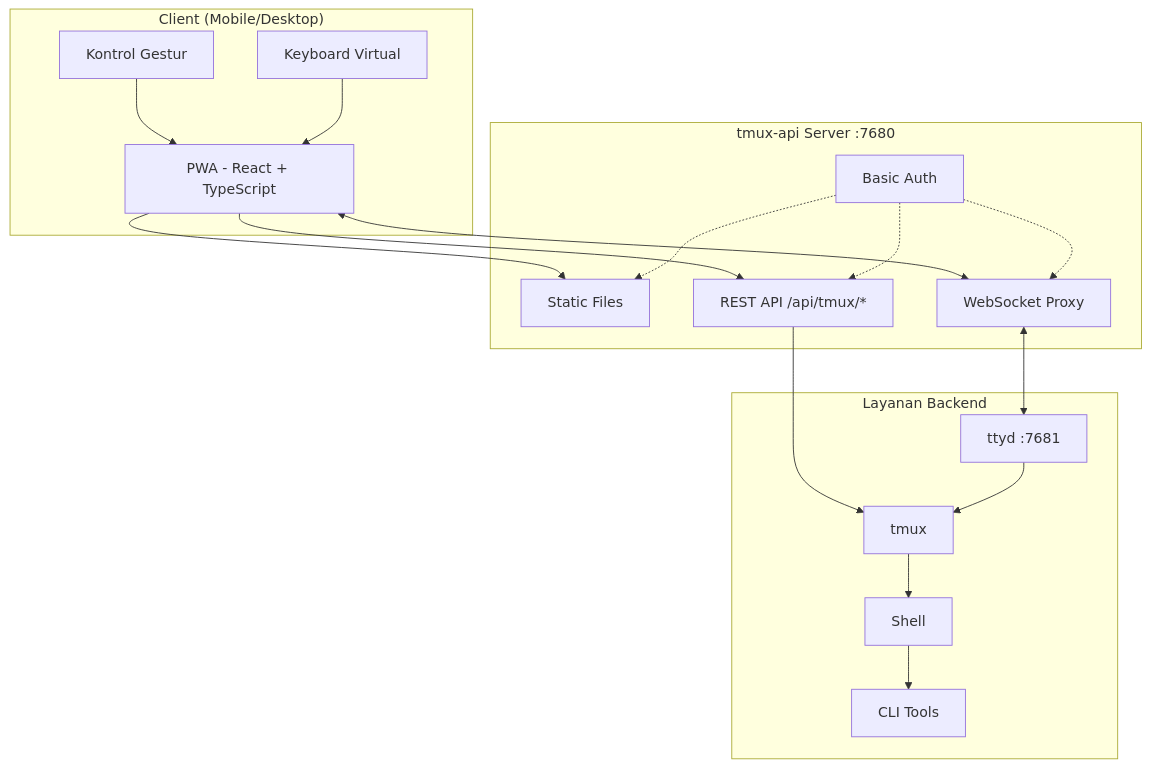
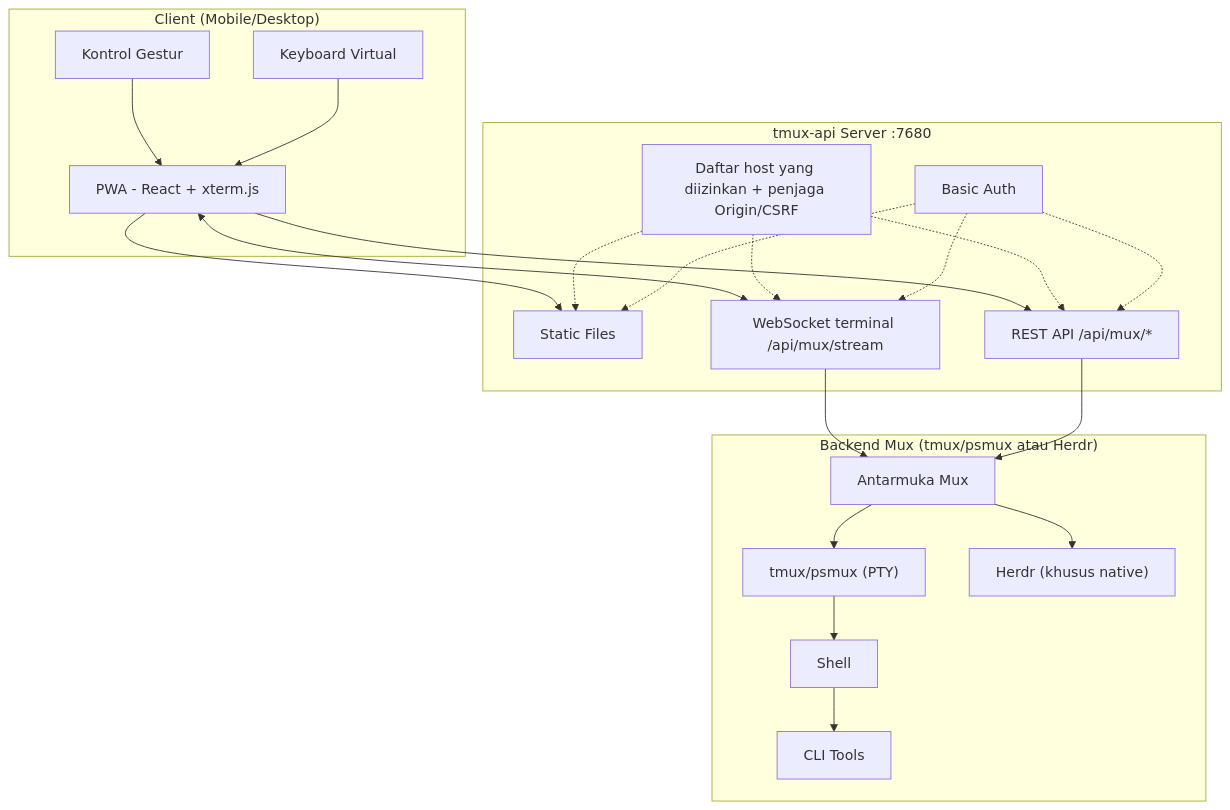
The first of 2 diagrams in README.id.md (lamngockhuong/termote), drawn with Mermaid before and after one commit. The commit also changed other lines of this file and 16 other files, not shown here.

````diff
--- a/README.id.md
+++ b/README.id.md
@@ -58,32 +59,36 @@
 ```mermaid
 flowchart TB
     subgraph Client["Client (Mobile/Desktop)"]
-        PWA["PWA - React + TypeScript"]
+        PWA["PWA - React + xterm.js"]
         Gestures["Kontrol Gestur"]
         Keyboard["Keyboard Virtual"]
     end
 
     subgraph Server["tmux-api Server :7680"]
         Static["Static Files"]
-        Proxy["WebSocket Proxy"]
-        API["REST API /api/tmux/*"]
+        Stream["WebSocket terminal /api/mux/stream"]
+        API["REST API /api/mux/*"]
+        Guard["Daftar host yang diizinkan + penjaga Origin/CSRF"]
         Auth["Basic Auth"]
     end
 
-    subgraph Backend["Layanan Backend"]
-        ttyd["ttyd :7681"]
-        tmux["tmux"]
+    subgraph Backend["Backend Mux (tmux/psmux atau Herdr)"]
+        Mux["Antarmuka Mux"]
+        tmux["tmux/psmux (PTY)"]
+        herdr["Herdr (khusus native)"]
         Shell["Shell"]
         Tools["CLI Tools"]
     end
 
     Gestures --> PWA
     Keyboard --> PWA
     PWA --> Static
-    PWA <--> Proxy
+    PWA <--> Stream
     PWA --> API
-    Auth -.-> Static & Proxy & API
-    Proxy <--> ttyd
-    API --> tmux
-    ttyd --> tmux --> Shell --> Tools
+    Guard -.-> Static & Stream & API
+    Auth -.-> Static & Stream & API
+    Stream --> Mux
+    API --> Mux
+    Mux --> tmux & herdr
+    tmux --> Shell --> Tools
 ```
````
